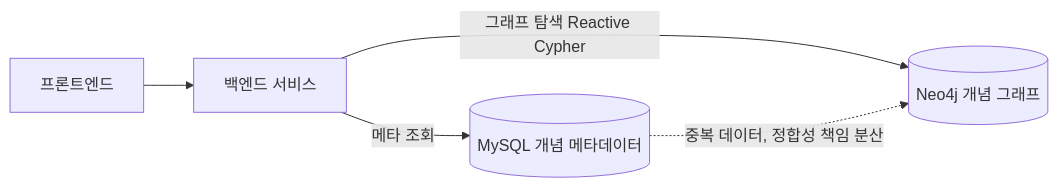
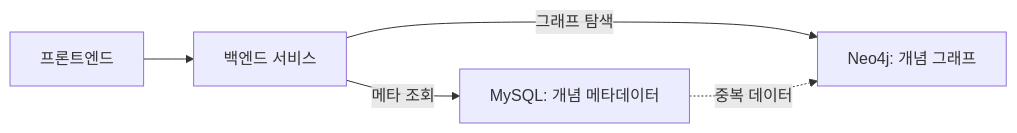
The first of 2 diagrams in docs/reports/m2-cte-migration.md (data-sy/my-math-teacher), drawn with Mermaid before and after one commit. The commit also changed other lines of this file and 1 other file, not shown here.

First line of the commit message:
docs: clarify measurement conditions with 3-way comparison and simpler mermaid

````diff
--- a/docs/reports/m2-cte-migration.md
+++ b/docs/reports/m2-cte-migration.md
@@ -47,7 +47,7 @@
 ```mermaid
 flowchart LR
     FE1[프론트엔드] --> BE1[백엔드 서비스]
-    BE1 -->|메타 조회| MY1[(MySQL 개념 메타데이터)]
-    BE1 -->|그래프 탐색 Reactive Cypher| NEO[(Neo4j 개념 그래프)]
-    MY1 -.->|중복 데이터, 정합성 책임 분산| NEO
+    BE1 -->|메타 조회| MY1["MySQL: 개념 메타데이터"]
+    BE1 -->|그래프 탐색| NEO["Neo4j: 개념 그래프"]
+    MY1 -.->|중복 데이터| NEO
 ```
````
